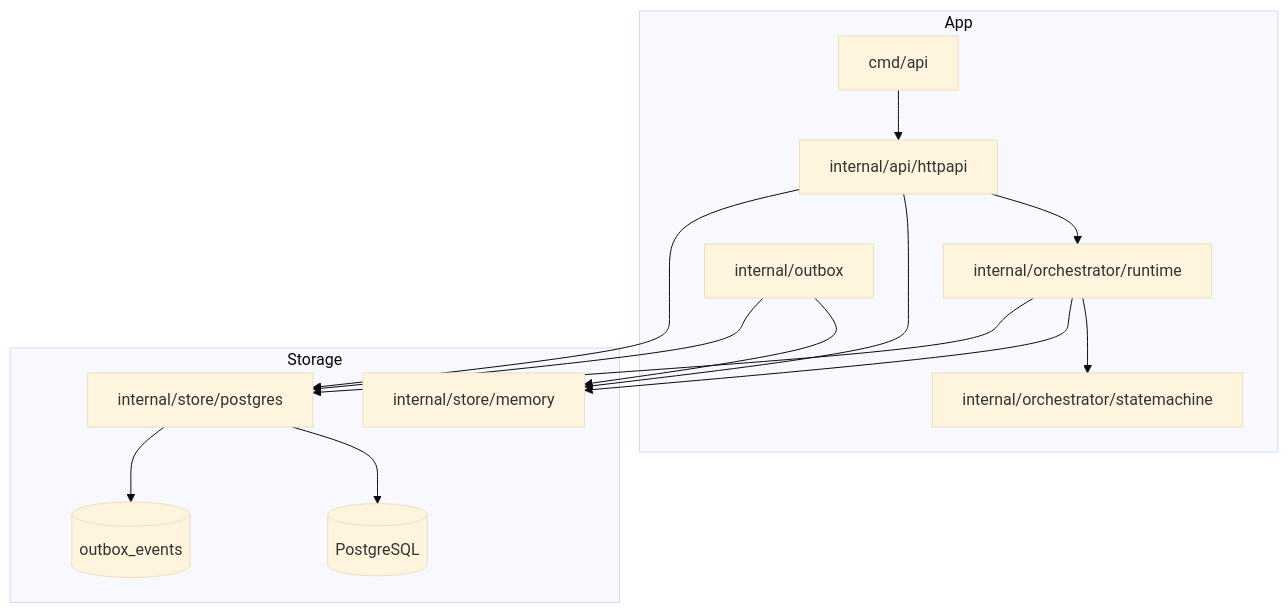
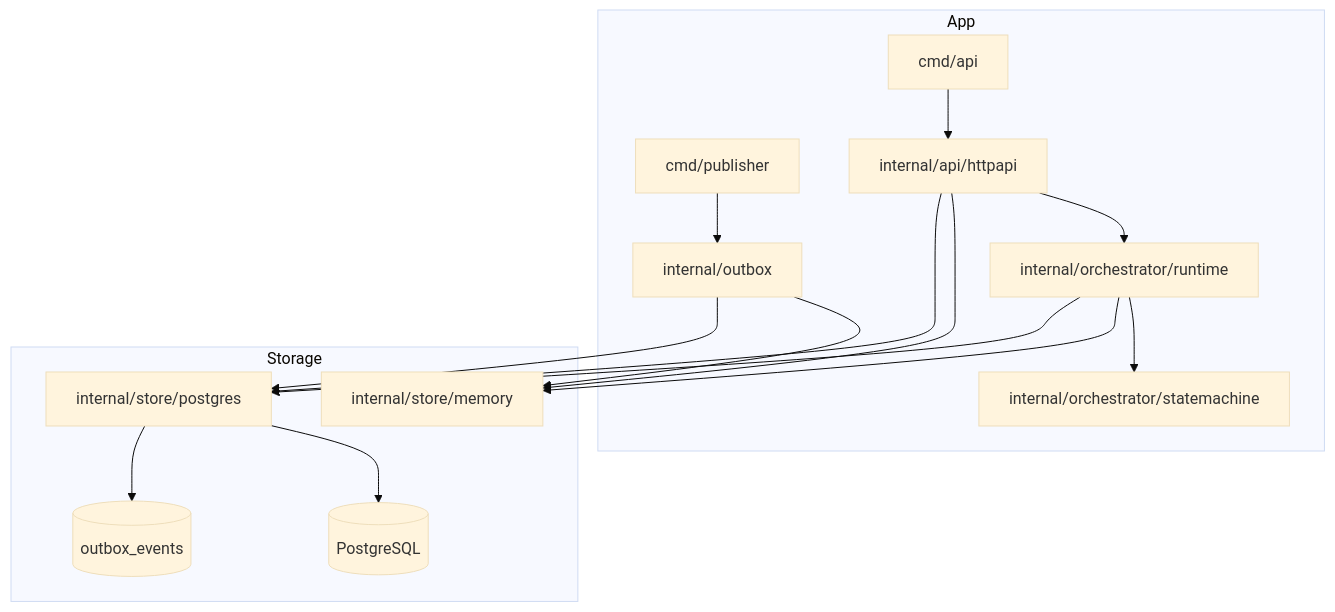
Before and after one commit to sandeepkv93/go-saga-lab: the second of 2 diagrams in README.md, drawn with Mermaid (base theme). The commit also changed other lines of this file and 12 other files, not shown here.

````diff
--- a/README.md
+++ b/README.md
@@ -35,29 +36,31 @@
 ```mermaid
 flowchart TB
     subgraph App
         API[cmd/api]
+        PUB[cmd/publisher]
         HTTP[internal/api/httpapi]
         RT[internal/orchestrator/runtime]
         SM[internal/orchestrator/statemachine]
         OB[internal/outbox]
     end
 
     subgraph Storage
         MEM[internal/store/memory]
         PG[internal/store/postgres]
         SQL[(PostgreSQL)]
         OUT[(outbox_events)]
     end
 
     API --> HTTP
+    PUB --> OB
     HTTP --> RT
     HTTP --> MEM
     HTTP --> PG
     RT --> SM
     RT --> MEM
     RT --> PG
     PG --> SQL
     PG --> OUT
     OB --> MEM
     OB --> PG
 ```
````
